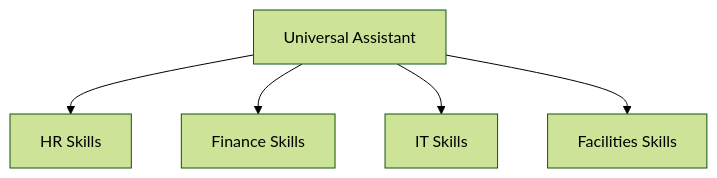
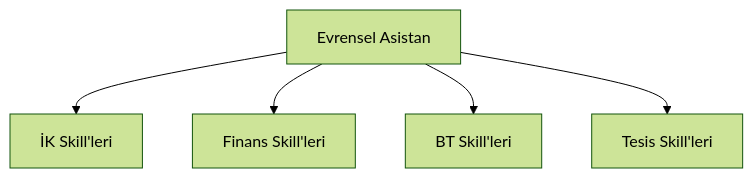
One commit to beyhanmeyrali/sap-all changed the sixth of 8 diagrams in Technical Tutorials/BTP/TR/chapters/10-building-agents.md. Above: the diagram before and after it, drawn with Mermaid (forest theme). The commit also changed other lines of this file and 11 other files, not shown here.

````diff
--- a/Technical Tutorials/BTP/TR/chapters/10-building-agents.md
+++ b/Technical Tutorials/BTP/TR/chapters/10-building-agents.md
@@ -406,8 +406,8 @@
 ```mermaid
 graph TD
-    A[Universal Assistant]
-    A --> S1[HR Skills]
-    A --> S2[Finance Skills]
-    A --> S3[IT Skills]
-    A --> S4[Facilities Skills]
+    A[Evrensel Asistan]
+    A --> S1[İK Skill'leri]
+    A --> S2[Finans Skill'leri]
+    A --> S3[BT Skill'leri]
+    A --> S4[Tesis Skill'leri]
 ```
````
